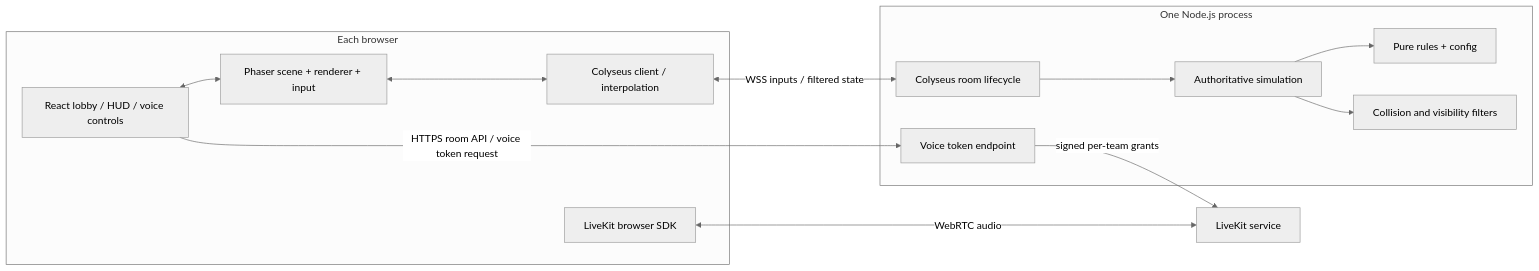
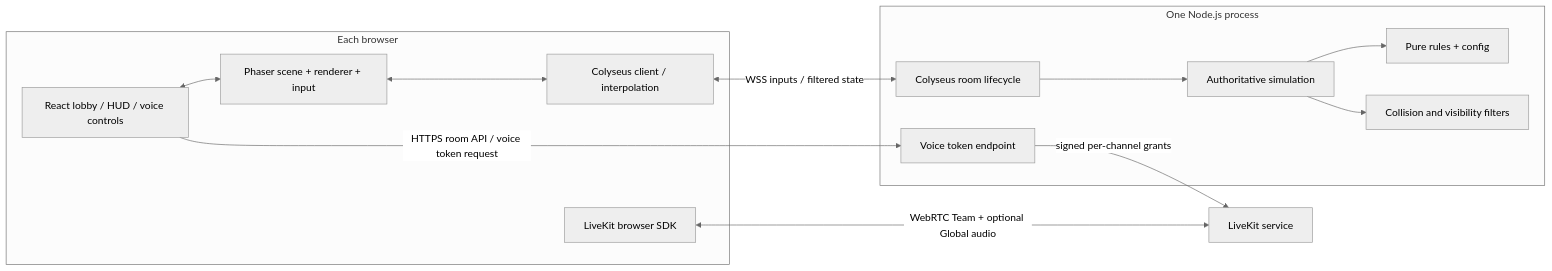
The diagram in ARCHITECTURE.md (Thundercloud12/osmosis), drawn with Mermaid (neutral theme) before and after one commit. The commit also changed other lines of this file and 209 other files, not shown here.

````diff
--- a/ARCHITECTURE.md
+++ b/ARCHITECTURE.md
@@ -26,25 +26,25 @@
 ```mermaid
 flowchart LR
   subgraph Browser[Each browser]
     UI[React lobby / HUD / voice controls]
     GAME[Phaser scene + renderer + input]
     CLIENT[Colyseus client / interpolation]
     RTC[LiveKit browser SDK]
     UI <--> GAME
     GAME <--> CLIENT
   end
   subgraph Server[One Node.js process]
     ROOM[Colyseus room lifecycle]
     SIM[Authoritative simulation]
     RULES[Pure rules + config]
     LOS[Collision and visibility filters]
     TOKEN[Voice token endpoint]
     ROOM --> SIM
     SIM --> RULES
     SIM --> LOS
   end
   CLIENT <-->|WSS inputs / filtered state| ROOM
   UI -->|HTTPS room API / voice token request| TOKEN
-  RTC <-->|WebRTC audio| LK[LiveKit service]
-  TOKEN -->|signed per-team grants| LK
+  RTC <-->|WebRTC Team + optional Global audio| LK[LiveKit service]
+  TOKEN -->|signed per-channel grants| LK
 ```
````
